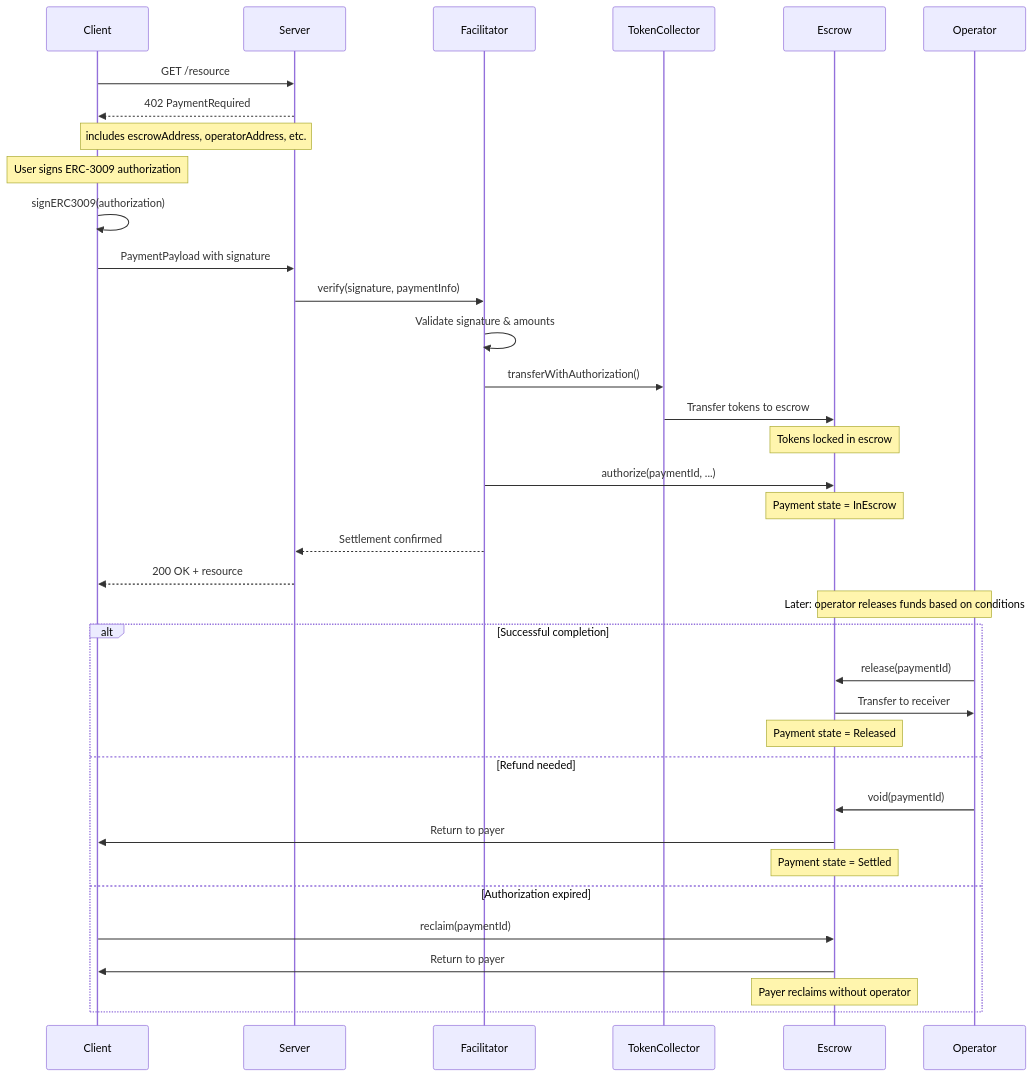
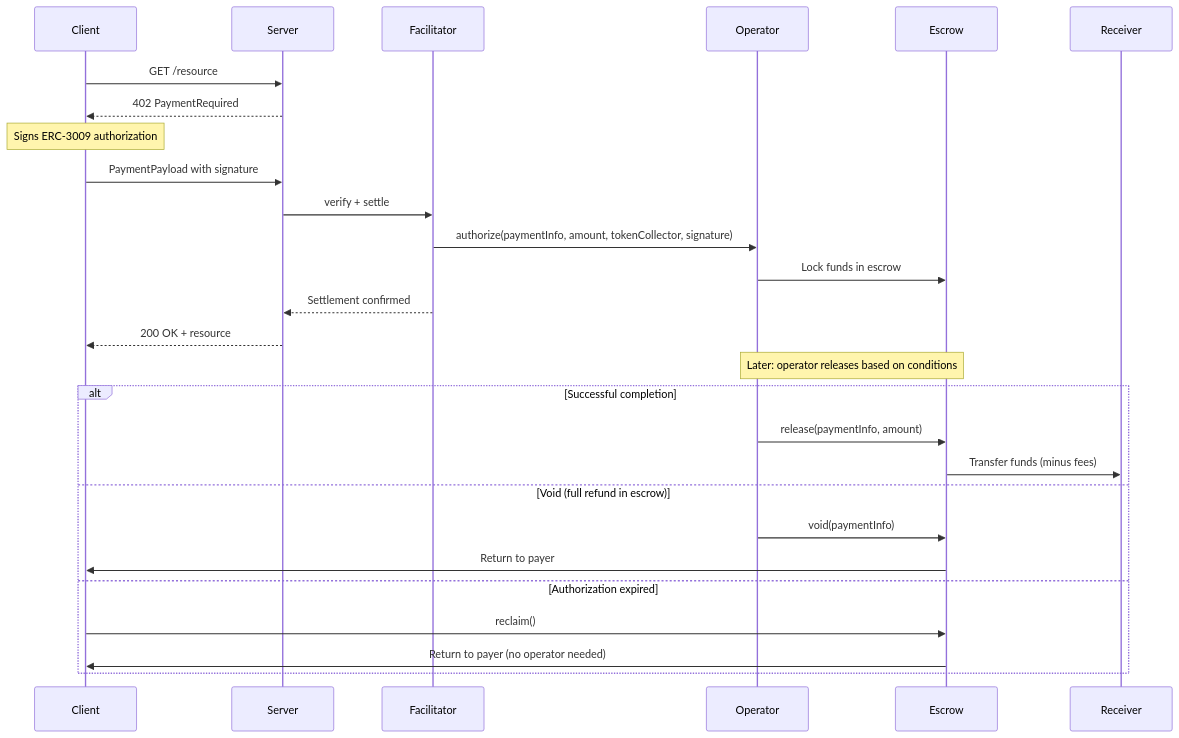
Before and after one commit to BackTrackCo/docs: the second of 2 diagrams in x402-integration/escrow-scheme.mdx, drawn with Mermaid. The commit also changed other lines of this file and 21 other files, not shown here.

````diff
--- a/x402-integration/escrow-scheme.mdx
+++ b/x402-integration/escrow-scheme.mdx
@@ -271,46 +93,33 @@
 ```mermaid
 sequenceDiagram
     participant Client
     participant Server
     participant Facilitator
-    participant TokenCollector
+    participant Operator
     participant Escrow
-    participant Operator
+    participant Receiver
 
     Client->>Server: GET /resource
     Server-->>Client: 402 PaymentRequired
-    Note over Server,Client: includes escrowAddress, operatorAddress, etc.
-
-    Note over Client: User signs ERC-3009 authorization
-    Client->>Client: signERC3009(authorization)
+    Note over Client: Signs ERC-3009 authorization
 
     Client->>Server: PaymentPayload with signature
-    Server->>Facilitator: verify(signature, paymentInfo)
-    Facilitator->>Facilitator: Validate signature & amounts
-
-    Facilitator->>TokenCollector: transferWithAuthorization()
-    TokenCollector->>Escrow: Transfer tokens to escrow
-    Note over Escrow: Tokens locked in escrow
-
-    Facilitator->>Escrow: authorize(paymentId, ...)
-    Note over Escrow: Payment state = InEscrow
-
+    Server->>Facilitator: verify + settle
+    Facilitator->>Operator: authorize(paymentInfo, amount, tokenCollector, signature)
+    Operator->>Escrow: Lock funds in escrow
     Facilitator-->>Server: Settlement confirmed
     Server-->>Client: 200 OK + resource
 
-    Note over Operator,Escrow: Later: operator releases funds based on conditions
+    Note over Operator,Escrow: Later: operator releases based on conditions
 
     alt Successful completion
-        Operator->>Escrow: release(paymentId)
-        Escrow->>Operator: Transfer to receiver
-        Note over Escrow: Payment state = Released
-    else Refund needed
-        Operator->>Escrow: void(paymentId)
+        Operator->>Escrow: release(paymentInfo, amount)
+        Escrow->>Receiver: Transfer funds (minus fees)
+    else Void (full refund in escrow)
+        Operator->>Escrow: void(paymentInfo)
         Escrow->>Client: Return to payer
-        Note over Escrow: Payment state = Settled
     else Authorization expired
-        Client->>Escrow: reclaim(paymentId)
-        Escrow->>Client: Return to payer
-        Note over Escrow: Payer reclaims without operator
+        Client->>Escrow: reclaim()
+        Escrow->>Client: Return to payer (no operator needed)
     end
 ```
````
